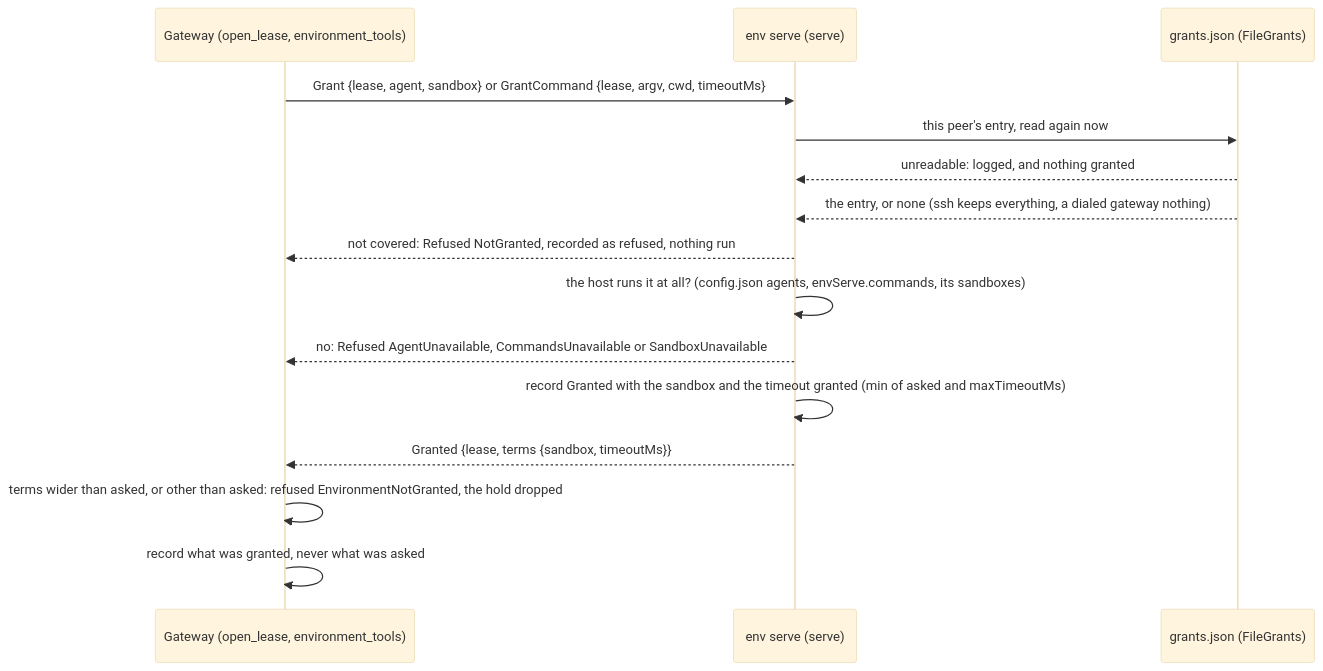
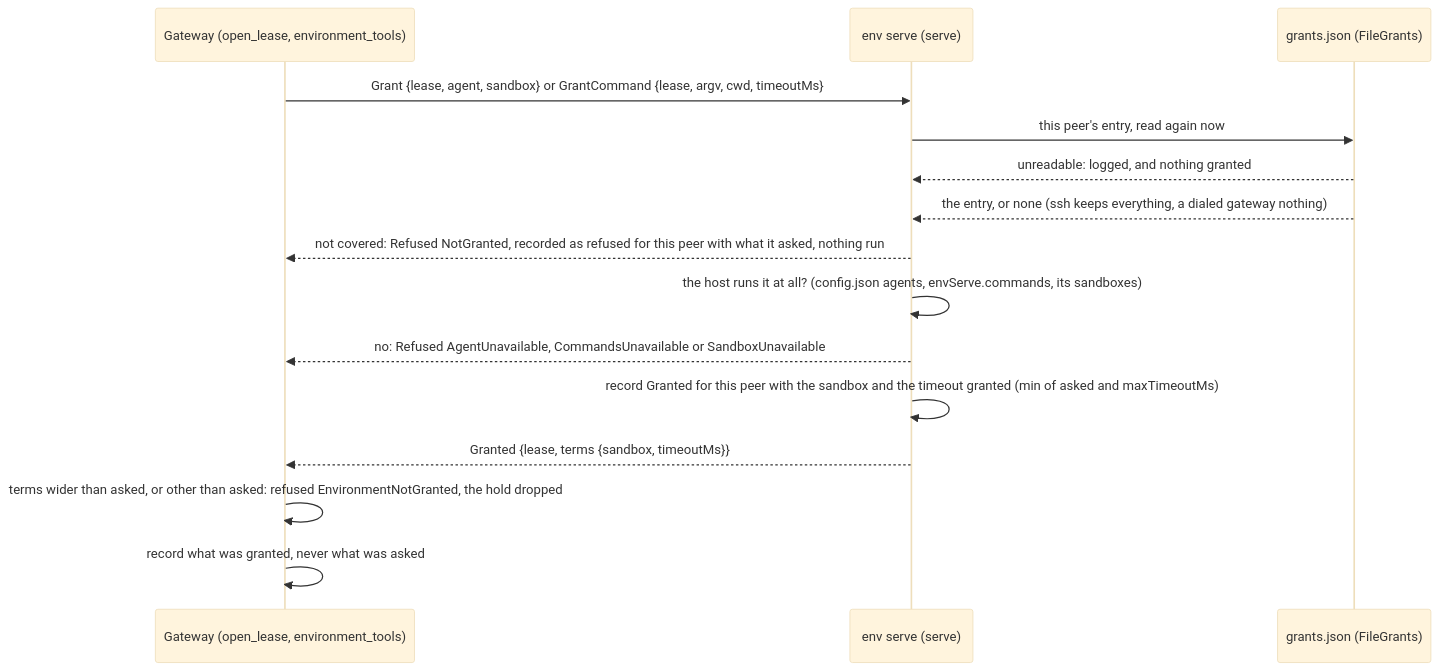
The fourth of 8 diagrams in docs/design/auth/peer-gateways.md (nessalabs/nessa-agent), drawn with Mermaid (base theme) before and after one commit. The commit also changed other lines of this file and 15 other files, not shown here.

````diff
--- a/docs/design/auth/peer-gateways.md
+++ b/docs/design/auth/peer-gateways.md
@@ -343,17 +343,17 @@
 ```mermaid
 sequenceDiagram
     participant G as Gateway (open_lease, environment_tools)
     participant S as env serve (serve)
     participant F as grants.json (FileGrants)
     G->>S: Grant {lease, agent, sandbox} or GrantCommand {lease, argv, cwd, timeoutMs}
     S->>F: this peer's entry, read again now
     F-->>S: unreadable: logged, and nothing granted
     F-->>S: the entry, or none (ssh keeps everything, a dialed gateway nothing)
-    S-->>G: not covered: Refused NotGranted, recorded as refused, nothing run
+    S-->>G: not covered: Refused NotGranted, recorded as refused for this peer with what it asked, nothing run
     S->>S: the host runs it at all? (config.json agents, envServe.commands, its sandboxes)
     S-->>G: no: Refused AgentUnavailable, CommandsUnavailable or SandboxUnavailable
-    S->>S: record Granted with the sandbox and the timeout granted (min of asked and maxTimeoutMs)
+    S->>S: record Granted for this peer with the sandbox and the timeout granted (min of asked and maxTimeoutMs)
     S-->>G: Granted {lease, terms {sandbox, timeoutMs}}
     G->>G: terms wider than asked, or other than asked: refused EnvironmentNotGranted, the hold dropped
     G->>G: record what was granted, never what was asked
 ```
````
